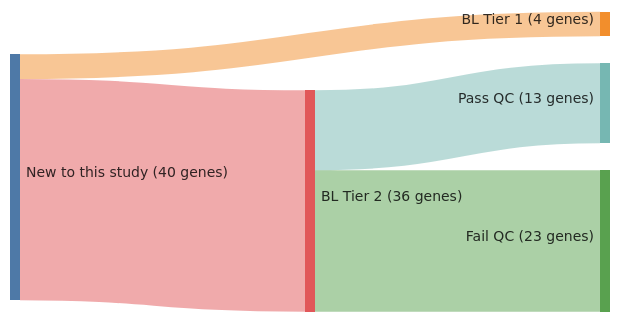
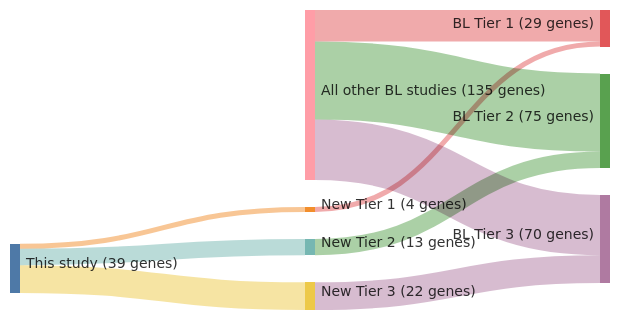
The diagram in papers/paneaWholeGenomeLandscape2019.md (morinlab/lymphopedia), drawn with Mermaid before and after one commit. The commit also changed other lines of this file, not shown here.

````diff
--- a/papers/paneaWholeGenomeLandscape2019.md
+++ b/papers/paneaWholeGenomeLandscape2019.md
@@ -14,18 +12,23 @@
 ```mermaid
 ---
 config:
     sankey:
         showValues: true
         linkColor: target
         width: 600
         height: 300
         nodeAlignment: right
         prefix: '('
         suffix: ' genes)'
 ---
 sankey-beta
-New to this study, BL Tier 1, 4
-New to this study, BL Tier 2, 36
-BL Tier 2, Pass QC, 13
-BL Tier 2, Fail QC, 23
+This study, New Tier 1, 4
+New Tier 1, BL Tier 1, 4
+This study, New Tier 2, 13
+New Tier 2, BL Tier 2, 13
+This study, New Tier 3, 22
+New Tier 3, BL Tier 3, 22
+All other BL studies, BL Tier 1, 25
+All other BL studies, BL Tier 2, 62
+All other BL studies, BL Tier 3, 48
 ```
````
